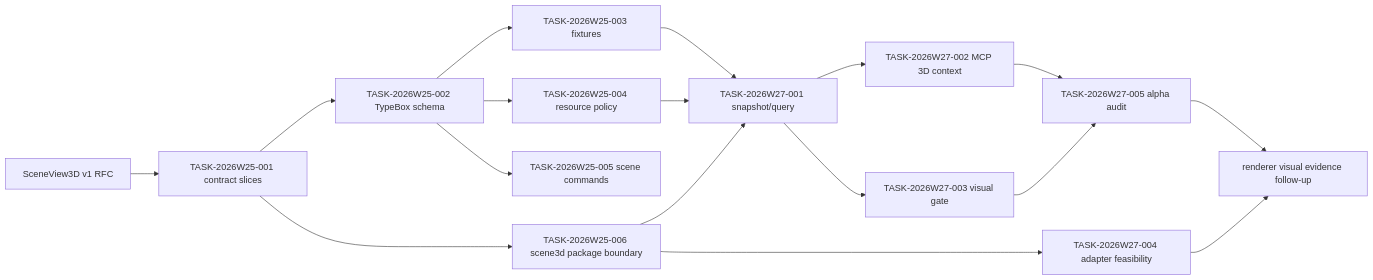
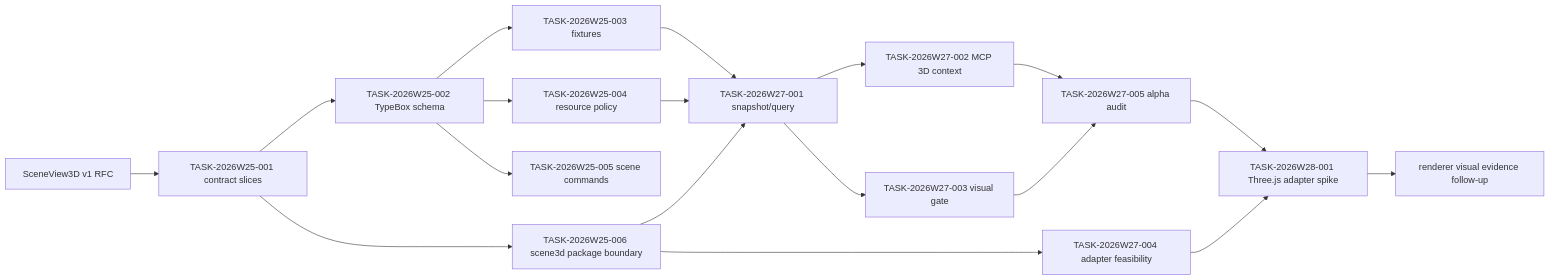
The second of 2 diagrams in docs/planning/dependency-graph.md (HYNCM/gis-engine), drawn with Mermaid before and after one commit. The commit also changed other lines of this file and 18 other files, not shown here.

Commit message:
feat: add scene3d three adapter spike

````diff
--- a/docs/planning/dependency-graph.md
+++ b/docs/planning/dependency-graph.md
@@ -79,19 +80,20 @@
 ```mermaid
 flowchart LR
   A["SceneView3D v1 RFC"] --> B["TASK-2026W25-001 contract slices"]
   B --> C["TASK-2026W25-002 TypeBox schema"]
   C --> D["TASK-2026W25-003 fixtures"]
   C --> E["TASK-2026W25-004 resource policy"]
   C --> F["TASK-2026W25-005 scene commands"]
   B --> G["TASK-2026W25-006 scene3d package boundary"]
   D --> H["TASK-2026W27-001 snapshot/query"]
   E --> H
   G --> H
   H --> I["TASK-2026W27-002 MCP 3D context"]
   H --> J["TASK-2026W27-003 visual gate"]
   G --> L["TASK-2026W27-004 adapter feasibility"]
   I --> K["TASK-2026W27-005 alpha audit"]
   J --> K
-  K --> M["renderer visual evidence follow-up"]
+  K --> M["TASK-2026W28-001 Three.js adapter spike"]
   L --> M
+  M --> N["renderer visual evidence follow-up"]
 ```
````
